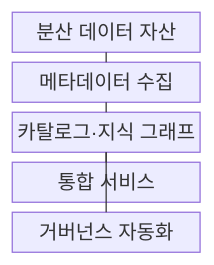
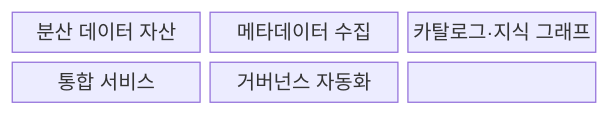
One commit to agnusdei1207/knowledge-base changed the first of 2 diagrams in src/content/docs/notes/08-latest-tech/194_data_fabric.md. Above: the diagram before and after it, drawn with Mermaid. The commit also changed other lines of this file and 228 other files, not shown here.

````diff
--- a/src/content/docs/notes/08-latest-tech/194_data_fabric.md
+++ b/src/content/docs/notes/08-latest-tech/194_data_fabric.md
@@ -50,13 +49,11 @@
 ```mermaid
 block-beta
-  columns 1
-  source["분산 데이터 자산"]
-  metadata["메타데이터 수집"]
-  knowledge["카탈로그·지식 그래프"]
-  service["통합 서비스"]
-  governance["거버넌스 자동화"]
-  source --- metadata
-  metadata --- knowledge
-  knowledge --- service
-  knowledge --- governance
+  columns 3
+  N0["분산 데이터 자산"]
+  N1["메타데이터 수집"]
+  N2["카탈로그·지식 그래프"]
+  N3["통합 서비스"]
+  N4["거버넌스 자동화"]
+  N0 --- N1 --- N2
+  N2 --- N3 --- N4
 ```
````
